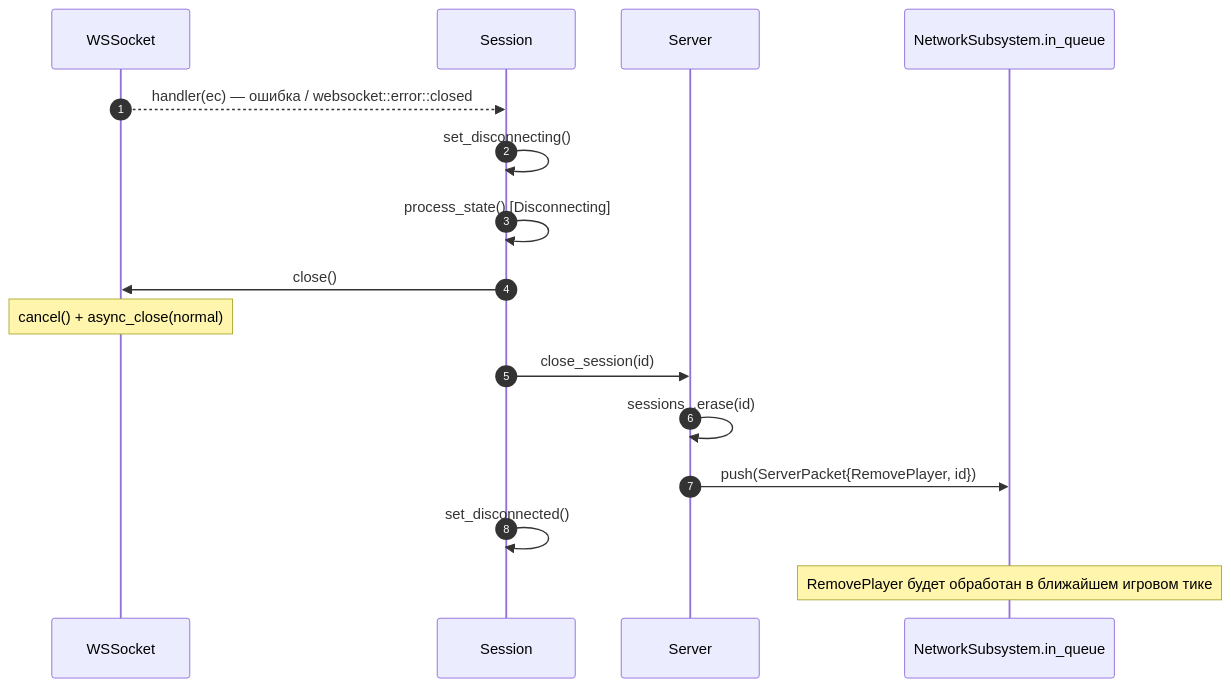
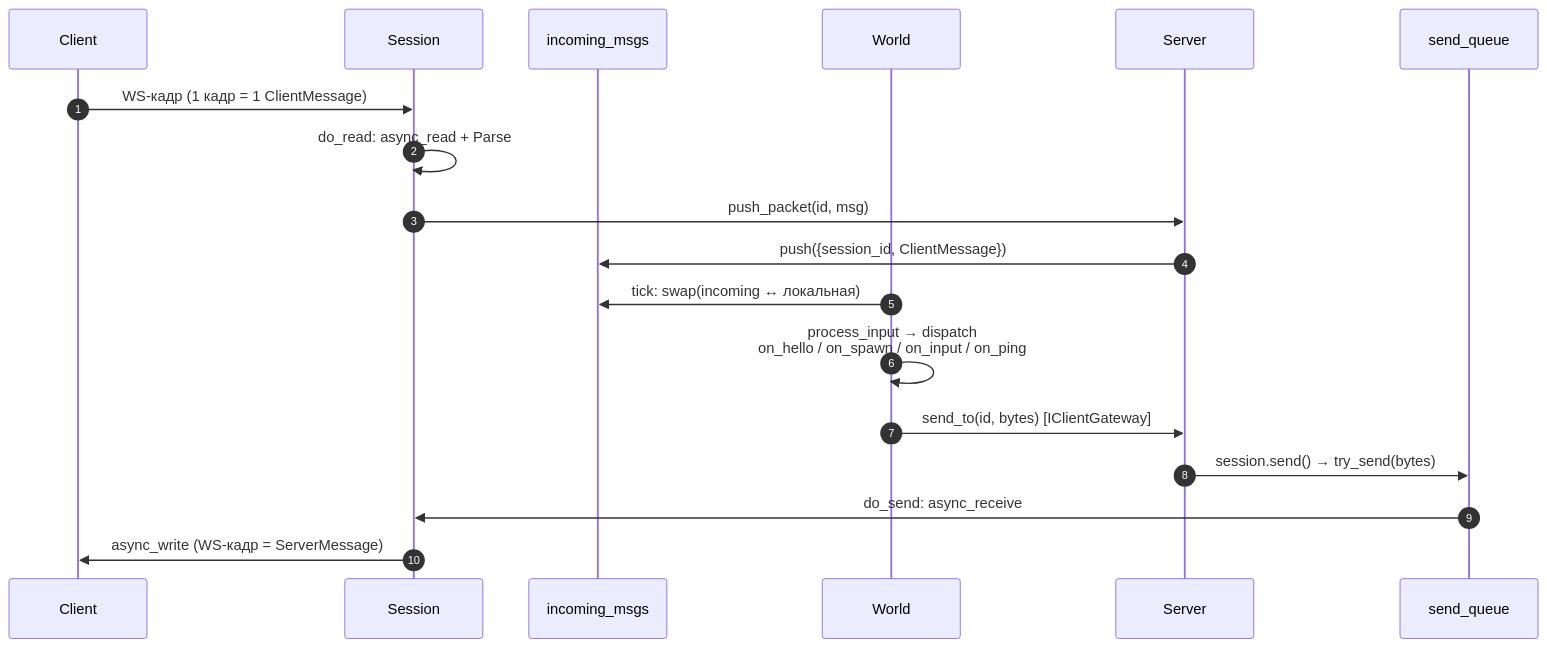
Before and after one commit to litcxx/Game: the third of 3 diagrams in server/docs/sequence-diagram.md, drawn with Mermaid. The commit also changed other lines of this file and 55 other files, not shown here.

First line of the commit message:
refactor(server): protobuf + coroutine net layer, World skeleton

````diff
--- a/server/docs/sequence-diagram.md
+++ b/server/docs/sequence-diagram.md
@@ -266,20 +78,22 @@
 ```mermaid
 sequenceDiagram
     autonumber
-    participant sock as WSSocket
+    participant Client
     participant sess as Session
+    participant q as incoming_msgs
+    participant world as World
     participant srv as Server
-    participant net as NetworkSubsystem.in_queue
+    participant ch as send_queue
 
-    sock-->>sess: handler(ec) — ошибка / websocket::error::closed
-    sess->>sess: set_disconnecting()
-    sess->>sess: process_state() [Disconnecting]
-    sess->>sock: close()
-    note over sock: cancel() + async_close(normal)
-    sess->>srv: close_session(id)
-    srv->>srv: sessions_.erase(id)
-    srv->>net: push(ServerPacket{RemovePlayer, id})
-    sess->>sess: set_disconnected()
+    Client->>sess: WS-кадр (1 кадр = 1 ClientMessage)
+    sess->>sess: do_read: async_read + Parse
+    sess->>srv: push_packet(id, msg)
+    srv->>q: push({session_id, ClientMessage})
 
-    note over net: RemovePlayer будет обработан в ближайшем игровом тике
+    world->>q: tick: swap(incoming ↔ локальная)
+    world->>world: process_input → dispatch<br/>on_hello / on_spawn / on_input / on_ping
+    world->>srv: send_to(id, bytes)  [IClientGateway]
+    srv->>ch: session.send() → try_send(bytes)
+    ch->>sess: do_send: async_receive
+    sess->>Client: async_write (WS-кадр = ServerMessage)
 ```
````
